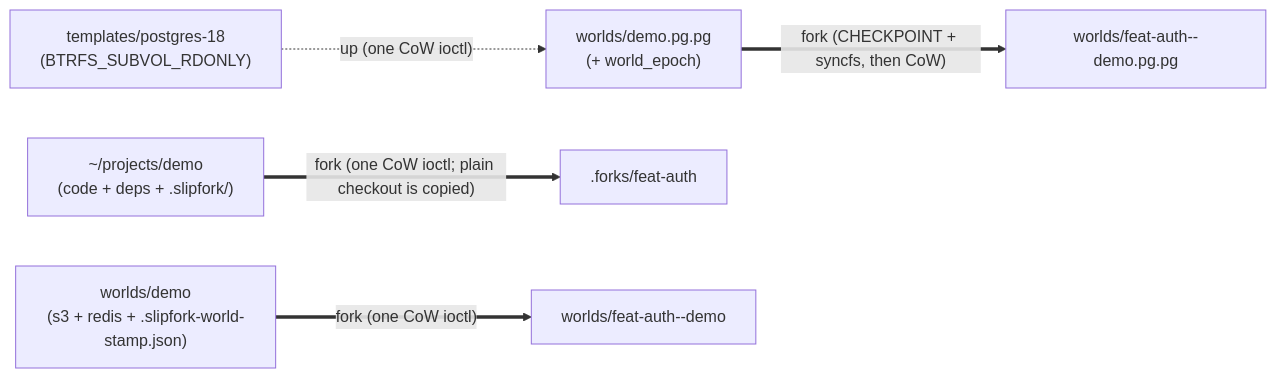
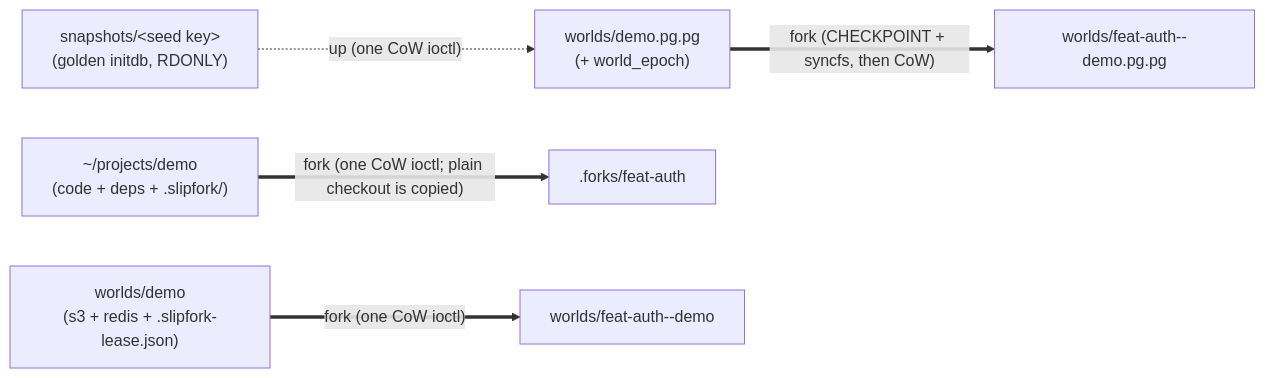
Before and after one commit to OffworldNexus/slipfork: the first of 6 diagrams in specs/03-under-the-hood.md, drawn with Mermaid. The commit also changed other lines of this file, not shown here.

Commit message:
[M3.119] One Snapshot Graph: BuildGraph + SnapshotStore contract

````diff
--- a/specs/03-under-the-hood.md
+++ b/specs/03-under-the-hood.md
@@ -43,7 +43,7 @@
 ```mermaid
 flowchart LR
-  Tpl["templates/postgres-18\n(BTRFS_SUBVOL_RDONLY)"] -.->|"up (one CoW ioctl)"| Pg["worlds/demo.pg.pg\n(+ world_epoch)"]
+  Seed["snapshots/&lt;seed key&gt;\n(golden initdb, RDONLY)"] -.->|"up (one CoW ioctl)"| Pg["worlds/demo.pg.pg\n(+ world_epoch)"]
   Proj["~/projects/demo\n(code + deps + .slipfork/)"] ==>|"fork (one CoW ioctl; plain checkout is copied)"| FProj[".forks/feat-auth"]
-  World["worlds/demo\n(s3 + redis + .slipfork-world-stamp.json)"] ==>|"fork (one CoW ioctl)"| FWorld["worlds/feat-auth--demo"]
+  World["worlds/demo\n(s3 + redis + .slipfork-lease.json)"] ==>|"fork (one CoW ioctl)"| FWorld["worlds/feat-auth--demo"]
   Pg ==>|"fork (CHECKPOINT + syncfs, then CoW)"| FPg["worlds/feat-auth--demo.pg.pg"]
 ```
````
